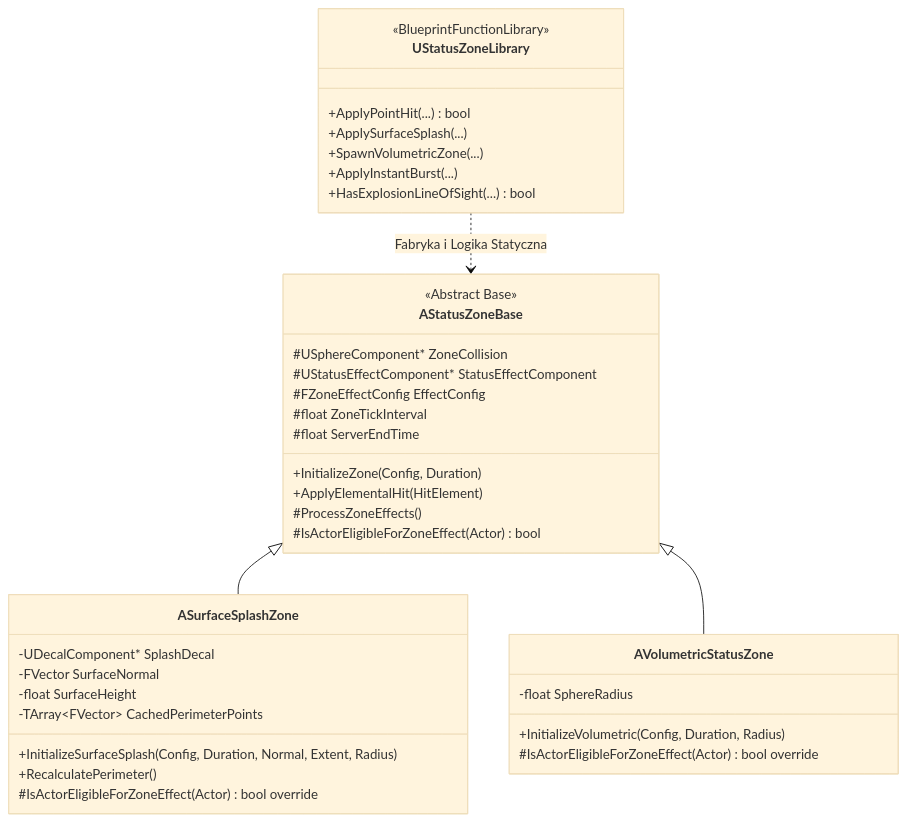
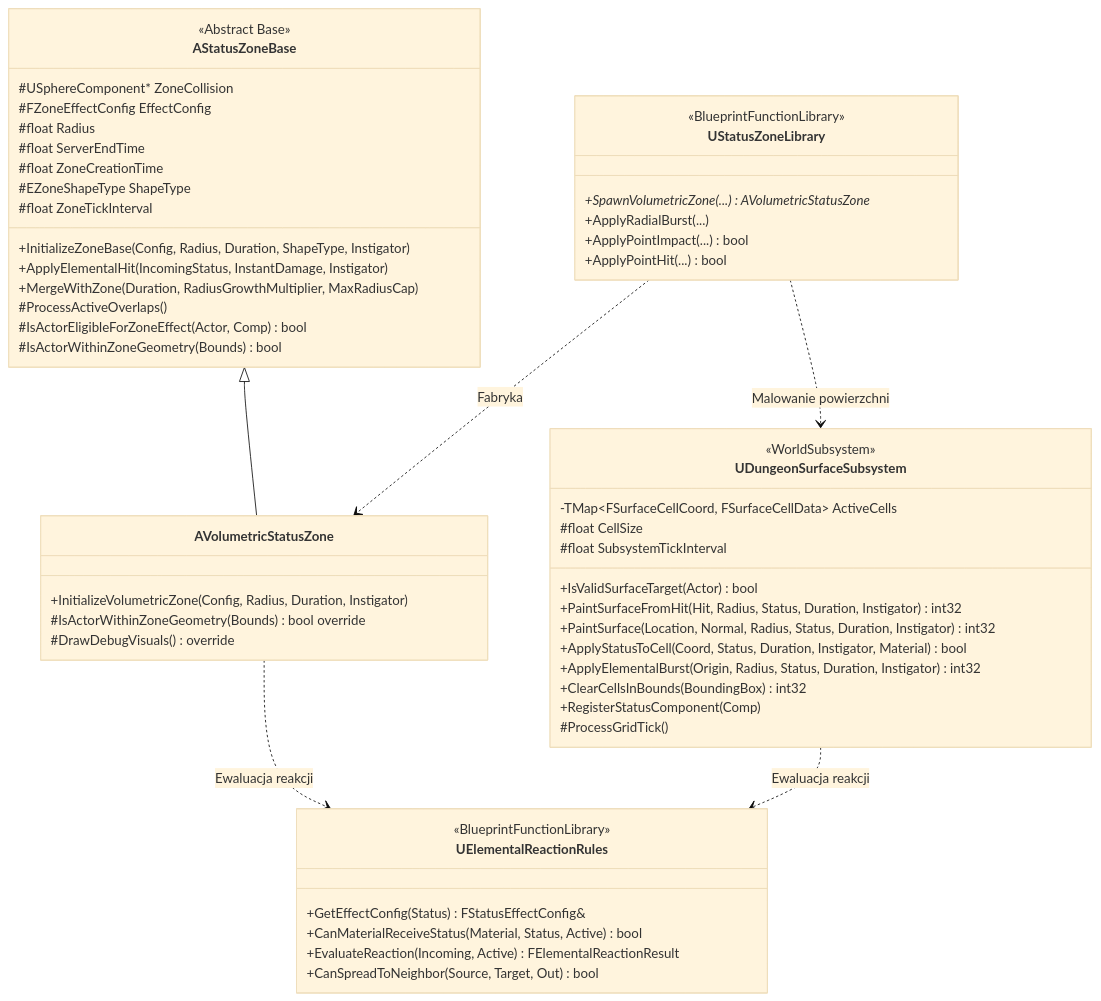
One commit to MoistAbes/DungeonCrawler changed the first of 2 diagrams in .context/specs/STATUS_ZONE_SPECIFICATION.md. Above: the diagram before and after it, drawn with Mermaid (base theme). The commit also changed other lines of this file and 2 other files, not shown here.

````diff
--- a/.context/specs/STATUS_ZONE_SPECIFICATION.md
+++ b/.context/specs/STATUS_ZONE_SPECIFICATION.md
@@ -38,44 +47,62 @@
 ```mermaid
 classDiagram
     class AStatusZoneBase {
         <<Abstract Base>>
         #USphereComponent* ZoneCollision
-        #UStatusEffectComponent* StatusEffectComponent
         #FZoneEffectConfig EffectConfig
+        #float Radius
+        #float ServerEndTime
+        #float ZoneCreationTime
+        #EZoneShapeType ShapeType
         #float ZoneTickInterval
-        #float ServerEndTime
-        +InitializeZone(Config, Duration)
-        +ApplyElementalHit(HitElement)
-        #ProcessZoneEffects()
-        #IsActorEligibleForZoneEffect(Actor) bool
-    }
-
-    class ASurfaceSplashZone {
-        -UDecalComponent* SplashDecal
-        -FVector SurfaceNormal
-        -float SurfaceHeight
-        -TArray~FVector~ CachedPerimeterPoints
-        +InitializeSurfaceSplash(Config, Duration, Normal, Extent, Radius)
-        +RecalculatePerimeter()
-        #IsActorEligibleForZoneEffect(Actor) bool override
+        +InitializeZoneBase(Config, Radius, Duration, ShapeType, Instigator)
+        +ApplyElementalHit(IncomingStatus, InstantDamage, Instigator)
+        +MergeWithZone(Duration, RadiusGrowthMultiplier, MaxRadiusCap)
+        #ProcessActiveOverlaps()
+        #IsActorEligibleForZoneEffect(Actor, Comp) bool
+        #IsActorWithinZoneGeometry(Bounds) bool
     }
 
     class AVolumetricStatusZone {
-        -float SphereRadius
-        +InitializeVolumetric(Config, Duration, Radius)
-        #IsActorEligibleForZoneEffect(Actor) bool override
+        +InitializeVolumetricZone(Config, Radius, Duration, Instigator)
+        #IsActorWithinZoneGeometry(Bounds) bool override
+        #DrawDebugVisuals() override
+    }
+
+    class UDungeonSurfaceSubsystem {
+        <<WorldSubsystem>>
+        -TMap~FSurfaceCellCoord, FSurfaceCellData~ ActiveCells
+        #float CellSize
+        #float SubsystemTickInterval
+        +IsValidSurfaceTarget(Actor) bool
+        +PaintSurfaceFromHit(Hit, Radius, Status, Duration, Instigator) int32
+        +PaintSurface(Location, Normal, Radius, Status, Duration, Instigator) int32
+        +ApplyStatusToCell(Coord, Status, Duration, Instigator, Material) bool
+        +ApplyElementalBurst(Origin, Radius, Status, Duration, Instigator) int32
+        +ClearCellsInBounds(BoundingBox) int32
+        +RegisterStatusComponent(Comp)
+        #ProcessGridTick()
     }
 
     class UStatusZoneLibrary {
         <<BlueprintFunctionLibrary>>
+        +SpawnVolumetricZone(...) AVolumetricStatusZone*
+        +ApplyRadialBurst(...)
+        +ApplyPointImpact(...) bool
         +ApplyPointHit(...) bool
-        +ApplySurfaceSplash(...)
-        +SpawnVolumetricZone(...)
-        +ApplyInstantBurst(...)
-        +HasExplosionLineOfSight(...) bool
     }
 
-    AStatusZoneBase <|-- ASurfaceSplashZone
+    class UElementalReactionRules {
+        <<BlueprintFunctionLibrary>>
+        +GetEffectConfig(Status) FStatusEffectConfig&
+        +CanMaterialReceiveStatus(Material, Status, Active) bool
+        +EvaluateReaction(Incoming, Active) FElementalReactionResult
+        +CanSpreadToNeighbor(Source, Target, Out) bool
+    }
+
     AStatusZoneBase <|-- AVolumetricStatusZone
-    UStatusZoneLibrary ..> AStatusZoneBase : Fabryka i Logika Statyczna
+    UStatusZoneLibrary ..> AVolumetricStatusZone : Fabryka
+    UStatusZoneLibrary ..> UDungeonSurfaceSubsystem : Malowanie powierzchni
+    UDungeonSurfaceSubsystem ..> UElementalReactionRules : Ewaluacja reakcji
+    AVolumetricStatusZone ..> UElementalReactionRules : Ewaluacja reakcji
 ```
````
